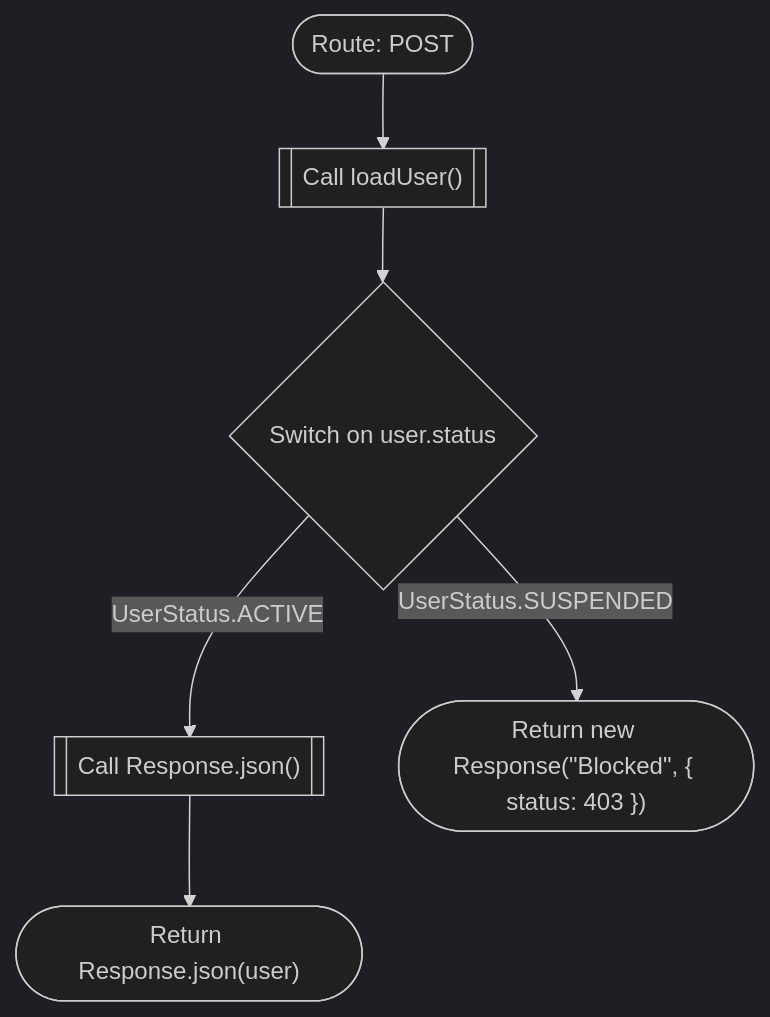
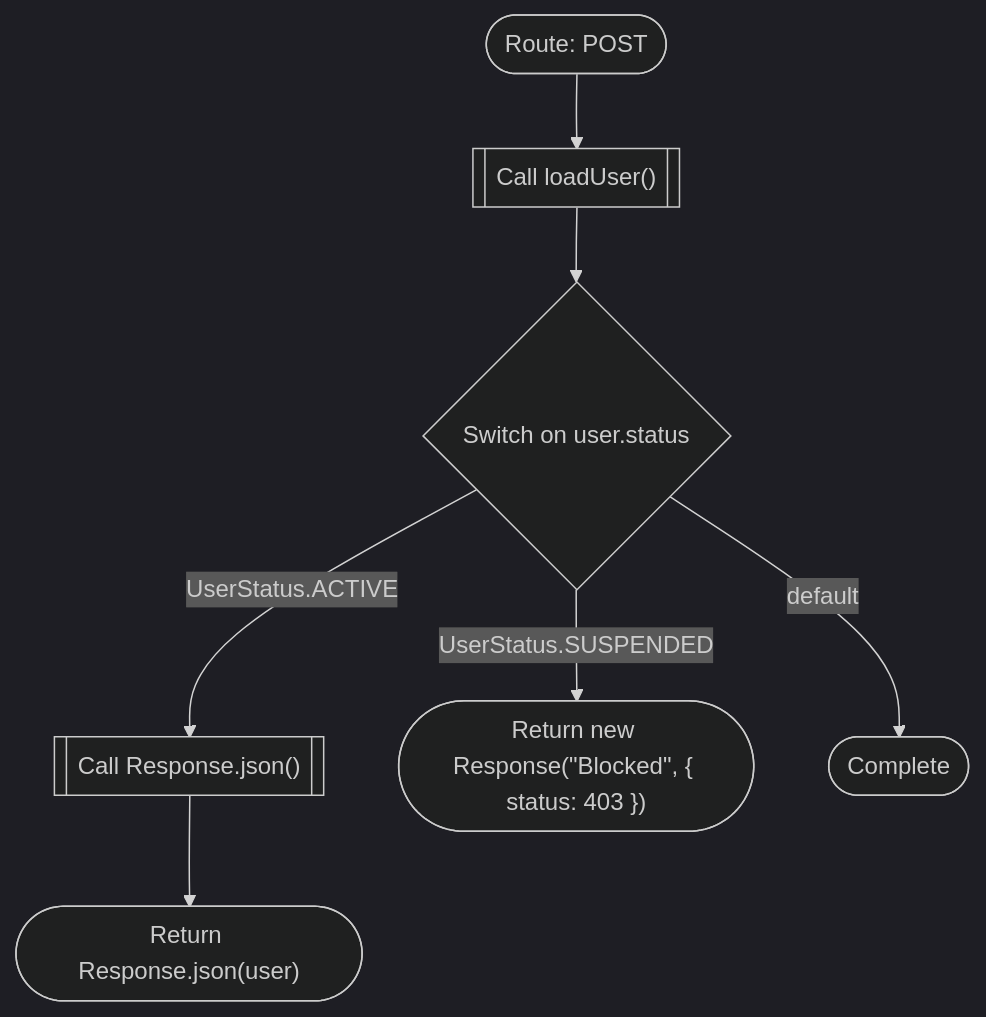
One commit to ferdinandobons/CodeDebrief changed the fourth of 9 diagrams in logicchart-out/logic-flow.md. Above: the diagram before and after it, drawn with Mermaid (dark theme). The commit also changed other lines of this file and 9 other files, not shown here.

````diff
--- a/logicchart-out/logic-flow.md
+++ b/logicchart-out/logic-flow.md
@@ -72,14 +72,16 @@
 ```mermaid
 flowchart TD
   mflow_f74e7243a59c82e6_n1(["Route: POST"])
   mflow_f74e7243a59c82e6_n2[["Call loadUser()"]]
   mflow_f74e7243a59c82e6_n3{"Switch on user.status"}
   mflow_f74e7243a59c82e6_n4[["Call Response.json()"]]
   mflow_f74e7243a59c82e6_n5(["Return Response.json(user)"])
   mflow_f74e7243a59c82e6_n6(["Return new Response(&quot;Blocked&quot;, { status: 403 })"])
+  mflow_f74e7243a59c82e6_n7(["Complete"])
   mflow_f74e7243a59c82e6_n1 --> mflow_f74e7243a59c82e6_n2
   mflow_f74e7243a59c82e6_n2 --> mflow_f74e7243a59c82e6_n3
   mflow_f74e7243a59c82e6_n3 -->|"UserStatus.ACTIVE"| mflow_f74e7243a59c82e6_n4
   mflow_f74e7243a59c82e6_n4 --> mflow_f74e7243a59c82e6_n5
   mflow_f74e7243a59c82e6_n3 -->|"UserStatus.SUSPENDED"| mflow_f74e7243a59c82e6_n6
+  mflow_f74e7243a59c82e6_n3 -->|"default"| mflow_f74e7243a59c82e6_n7
 ```
````
